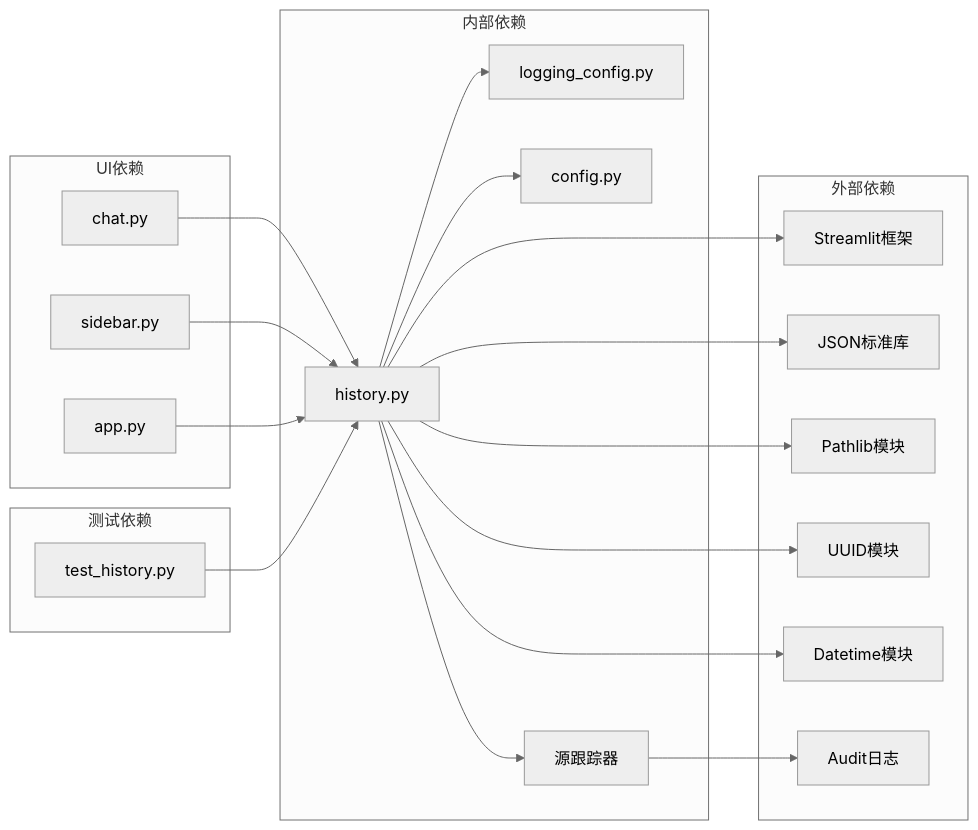
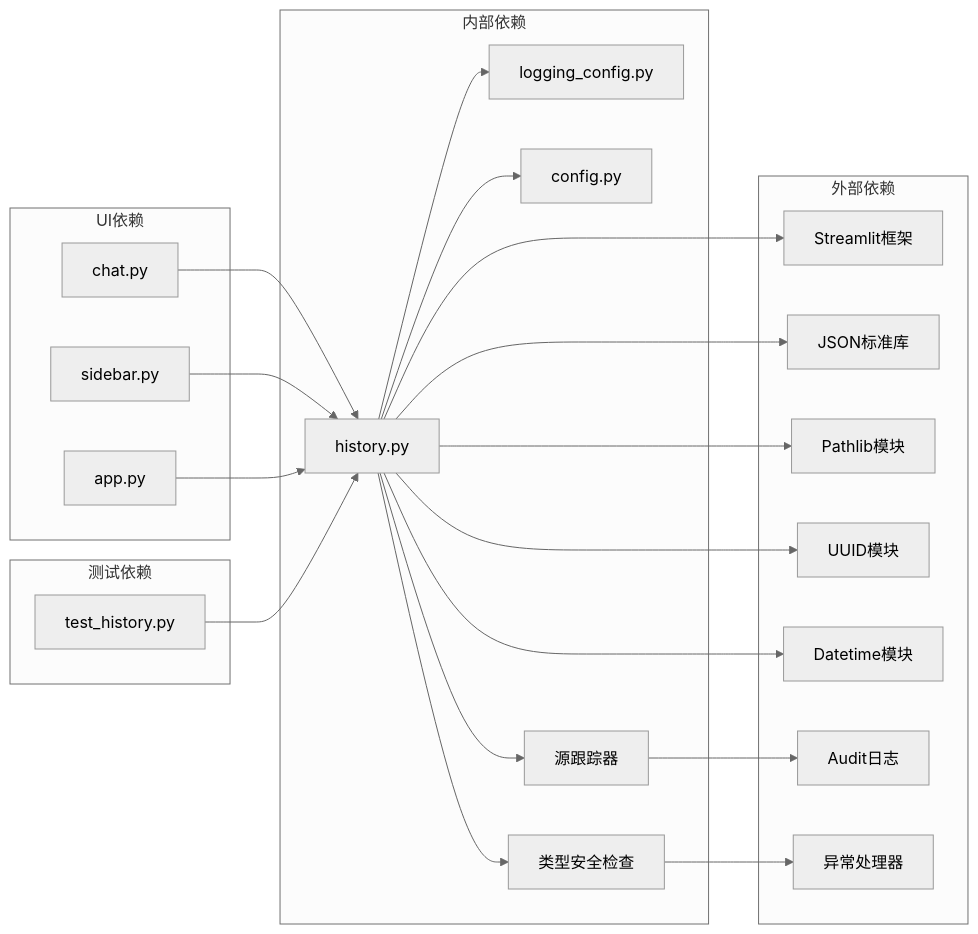
One commit to joyafa/knowledge changed the tenth of 10 diagrams in .qoder/repowiki/zh/content/业务服务层/会话历史管理.md. Above: the diagram before and after it, drawn with Mermaid (neutral theme). The commit also changed other lines of this file and 5 other files, not shown here.

````diff
--- a/.qoder/repowiki/zh/content/业务服务层/会话历史管理.md
+++ b/.qoder/repowiki/zh/content/业务服务层/会话历史管理.md
@@ -431,38 +531,42 @@
 ```mermaid
 graph LR
 subgraph "内部依赖"
 History[history.py]
 Logger[logging_config.py]
 Config[config.py]
 SourceTracker[源跟踪器]
+TypeSafety[类型安全检查]
 end
 subgraph "UI依赖"
 Chat[chat.py]
 Sidebar[sidebar.py]
 App[app.py]
 end
 subgraph "测试依赖"
 TestHistory[test_history.py]
 end
 subgraph "外部依赖"
 Streamlit[Streamlit框架]
 JSON[JSON标准库]
 Pathlib[Pathlib模块]
 UUID[UUID模块]
 Datetime[Datetime模块]
 AuditLog[Audit日志]
+ExceptionHandler[异常处理器]
 end
 Chat --> History
 Sidebar --> History
 App --> History
 TestHistory --> History
 History --> Logger
 History --> Config
 History --> SourceTracker
+History --> TypeSafety
 SourceTracker --> AuditLog
+TypeSafety --> ExceptionHandler
 History --> Streamlit
 History --> JSON
 History --> Pathlib
 History --> UUID
 History --> Datetime
 ```
````
